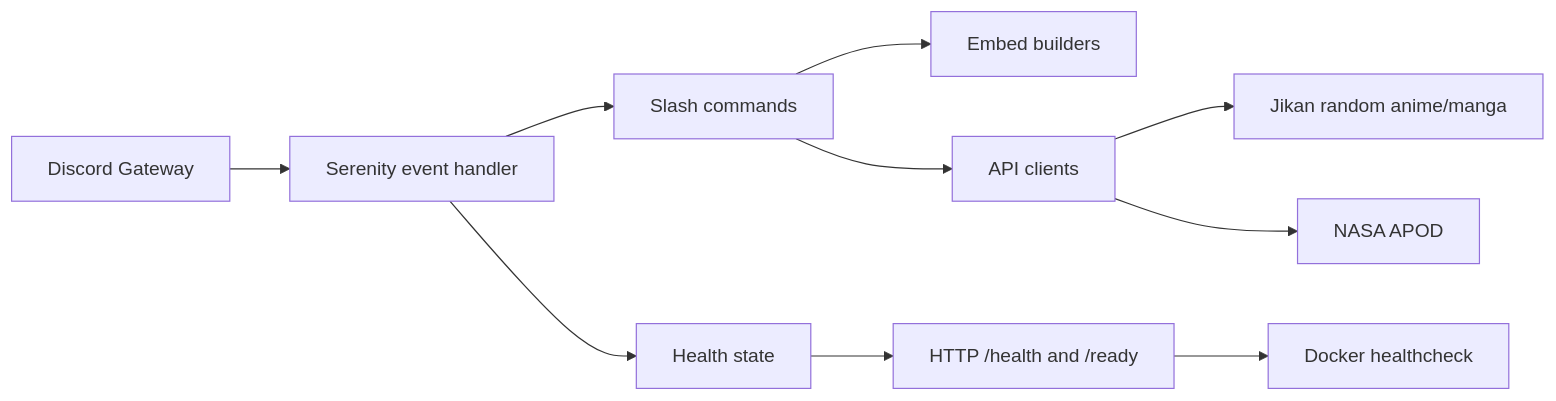
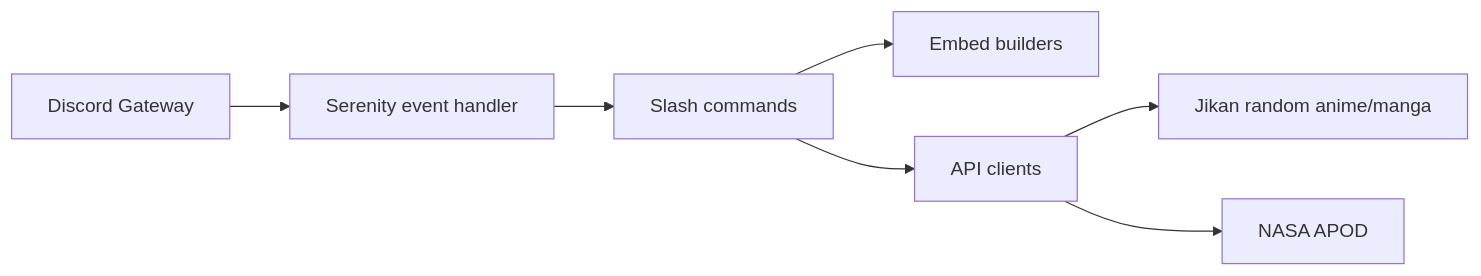
The diagram in README.md (nathan2slime/seris), drawn with Mermaid before and after one commit. The commit also changed other lines of this file and 9 other files, not shown here.

````diff
--- a/README.md
+++ b/README.md
@@ -113,12 +111,9 @@
 ```mermaid
 flowchart LR
   Discord[Discord Gateway] --> Handler[Serenity event handler]
   Handler --> Commands[Slash commands]
   Commands --> Embeds[Embed builders]
   Commands --> Services[API clients]
   Services --> Jikan[Jikan random anime/manga]
   Services --> NASA[NASA APOD]
-  Handler --> Health[Health state]
-  Health --> HealthHTTP[HTTP /health and /ready]
-  HealthHTTP --> Docker[Docker healthcheck]
 ```
````
